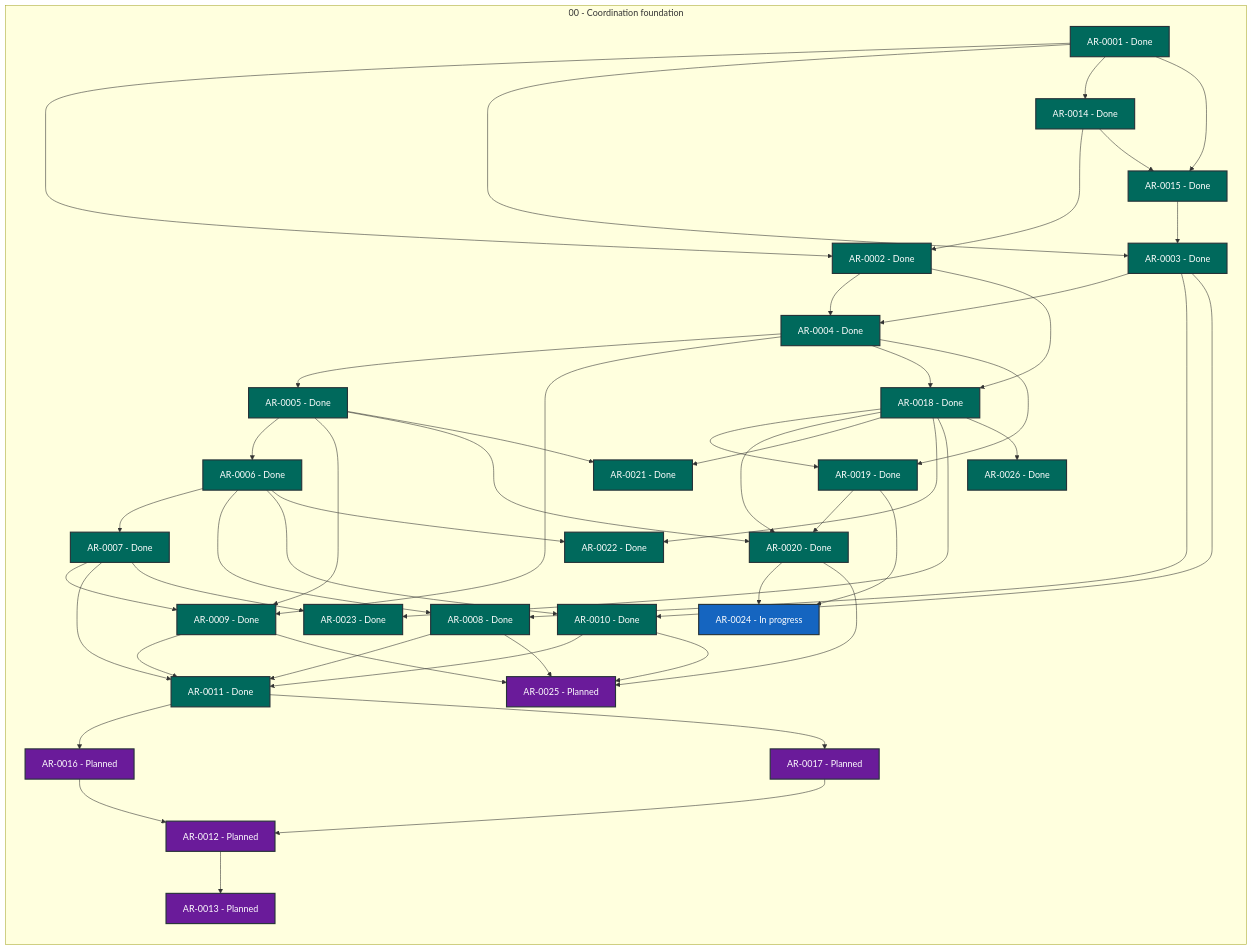
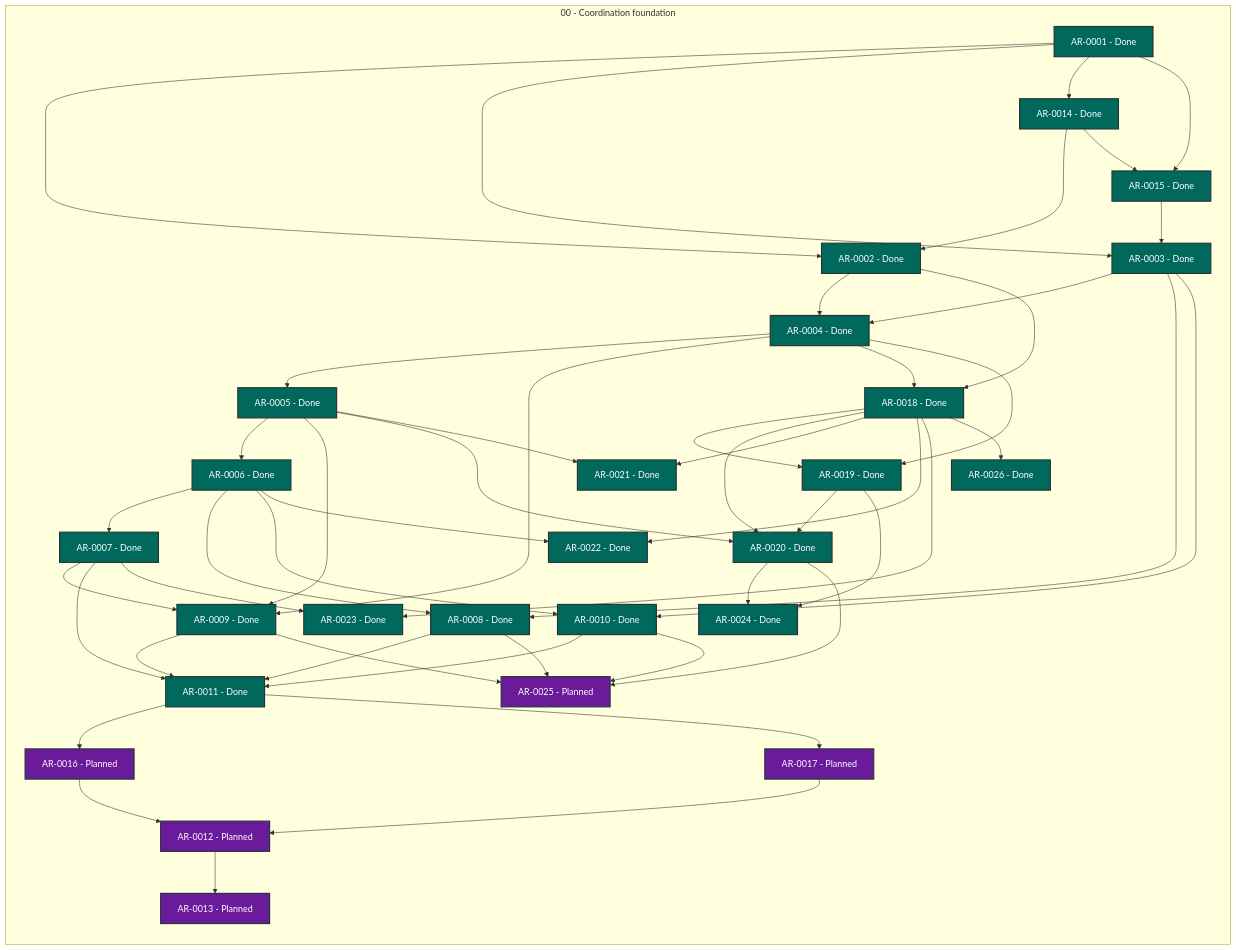
One commit to martin-beck/agent-workflow-tui-state changed the diagram in STATUS.md. Above: the diagram before and after it, drawn with Mermaid. The commit also changed other lines of this file and 2 other files, not shown here.

```diff
--- a/STATUS.md
+++ b/STATUS.md
@@ -51,7 +51,7 @@
         AR_0021["AR-0021 - Done"]:::status_done
         AR_0022["AR-0022 - Done"]:::status_done
         AR_0023["AR-0023 - Done"]:::status_done
-        AR_0024["AR-0024 - In progress"]:::status_in_progress
+        AR_0024["AR-0024 - Done"]:::status_done
         AR_0025["AR-0025 - Planned"]:::status_planned
         AR_0026["AR-0026 - Done"]:::status_done
     end
```
